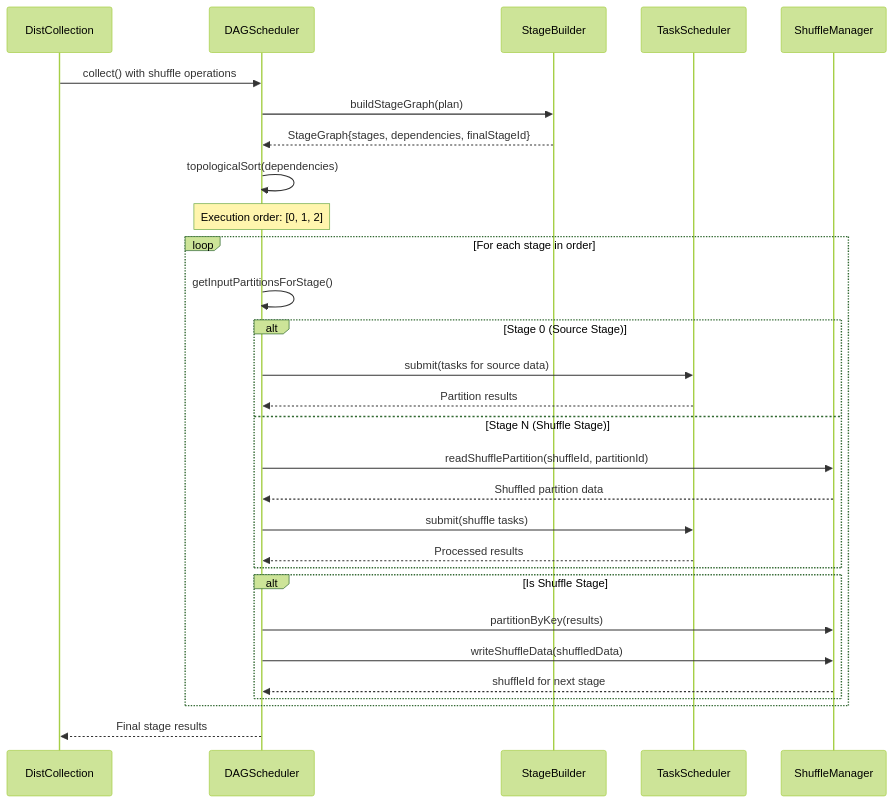
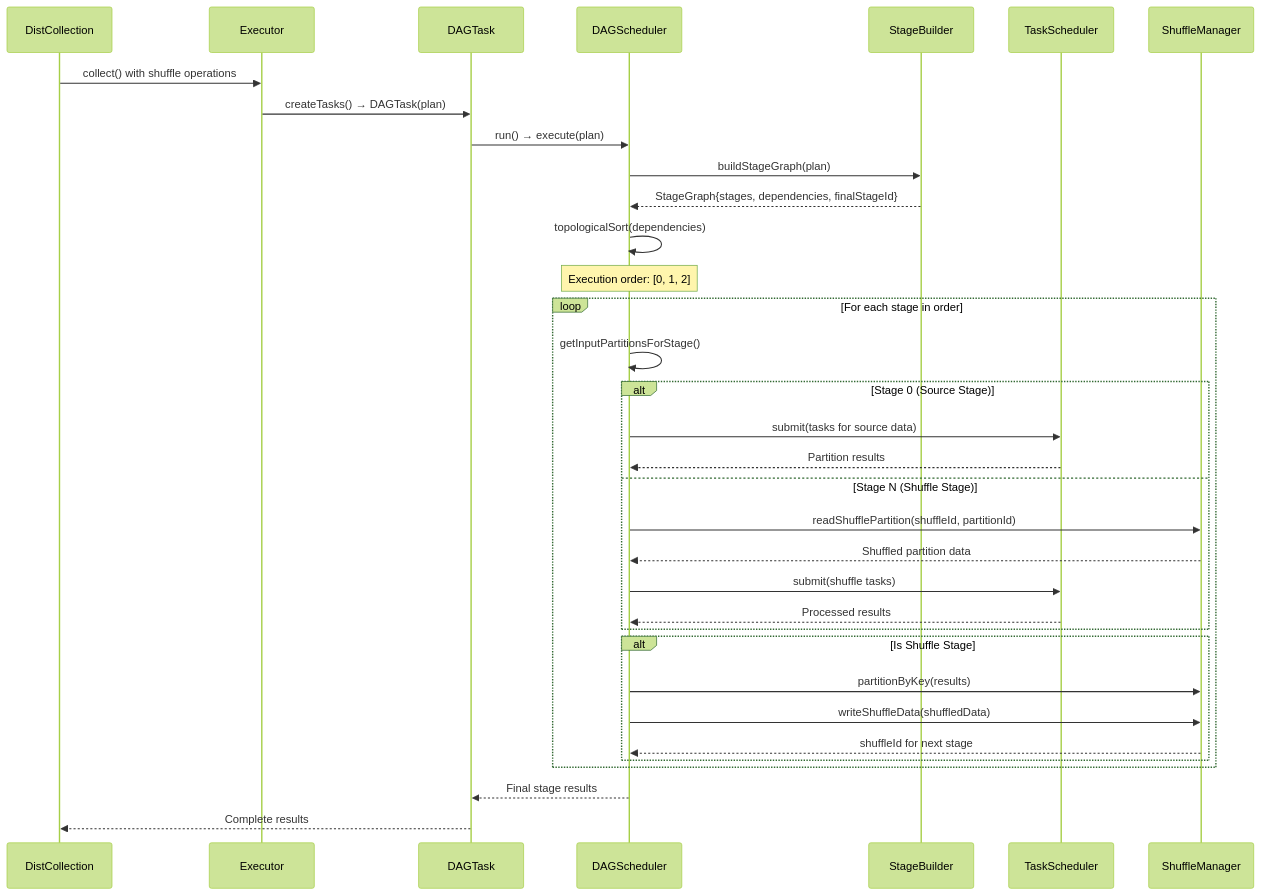
The fourth of 9 diagrams in DAGScheduler.md (ewoodbury/scarlet), drawn with Mermaid (forest theme) before and after one commit. The commit also changed other lines of this file and 3 other files, not shown here.

````diff
--- a/DAGScheduler.md
+++ b/DAGScheduler.md
@@ -61,36 +95,41 @@
 ```mermaid
 sequenceDiagram
-    participant DC as DistCollection
+    participant User as DistCollection
+    participant Exec as Executor
+    participant DAGTask as DAGTask
     participant DAG as DAGScheduler  
     participant SB as StageBuilder
     participant TS as TaskScheduler
     participant SM as ShuffleManager
     
-    DC->>DAG: collect() with shuffle operations
+    User->>Exec: collect() with shuffle operations
+    Exec->>DAGTask: createTasks() → DAGTask(plan)
+    DAGTask->>DAG: run() → execute(plan)
     DAG->>SB: buildStageGraph(plan)
     SB-->>DAG: StageGraph{stages, dependencies, finalStageId}
     
     DAG->>DAG: topologicalSort(dependencies)
     Note over DAG: Execution order: [0, 1, 2]
     
     loop For each stage in order
         DAG->>DAG: getInputPartitionsForStage()
         alt Stage 0 (Source Stage)
             DAG->>TS: submit(tasks for source data)
             TS-->>DAG: Partition results
         else Stage N (Shuffle Stage)  
             DAG->>SM: readShufflePartition(shuffleId, partitionId)
             SM-->>DAG: Shuffled partition data
             DAG->>TS: submit(shuffle tasks)
             TS-->>DAG: Processed results
         end
         
         alt Is Shuffle Stage
             DAG->>SM: partitionByKey(results)
             DAG->>SM: writeShuffleData(shuffledData)
             SM-->>DAG: shuffleId for next stage
         end
     end
     
-    DAG-->>DC: Final stage results
+    DAG-->>DAGTask: Final stage results
+    DAGTask-->>User: Complete results
 ```
````
